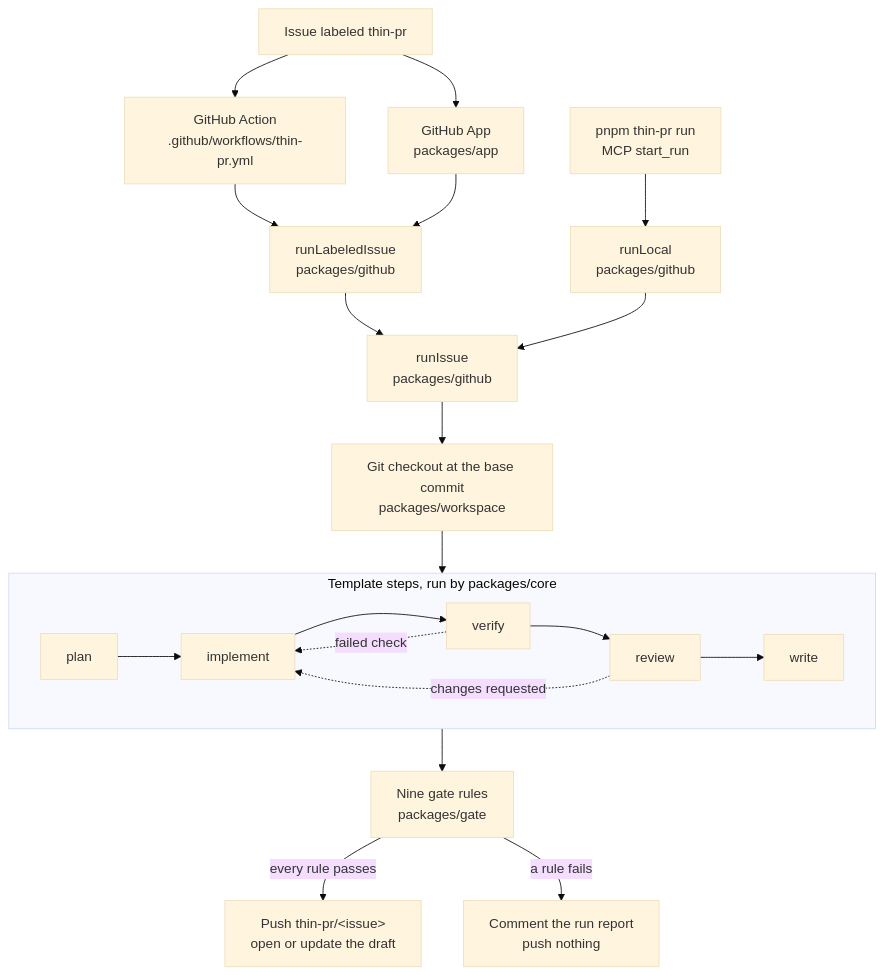
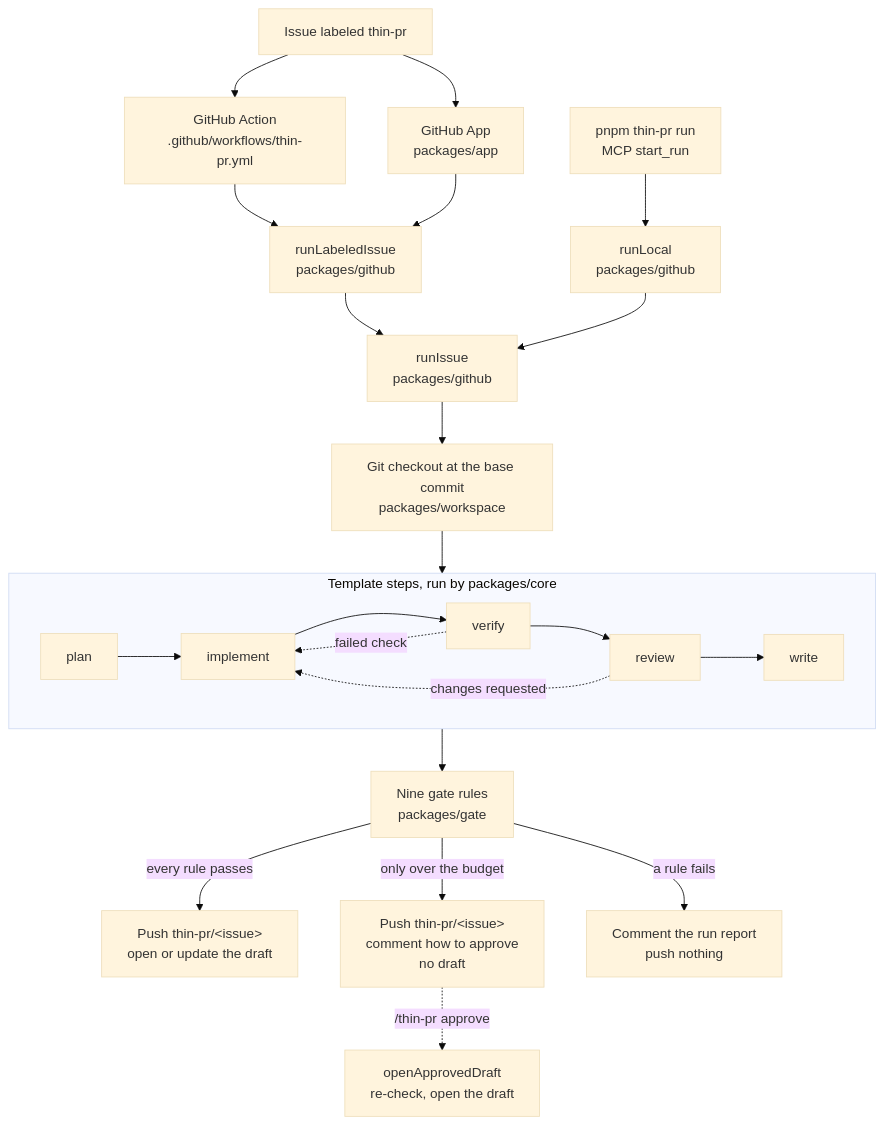
Before and after one commit to kocherev/thin-pr-orchestrator: the diagram in docs/architecture.md, drawn with Mermaid (base theme). The commit also changed other lines of this file and 108 other files, not shown here.

````diff
--- a/docs/architecture.md
+++ b/docs/architecture.md
@@ -7,20 +7,22 @@
 ```mermaid
 flowchart TD
   label["Issue labeled thin-pr"] --> action["GitHub Action<br/>.github/workflows/thin-pr.yml"]
   label --> app["GitHub App<br/>packages/app"]
   local["pnpm thin-pr run<br/>MCP start_run"] --> runLocal["runLocal<br/>packages/github"]
   action --> labeled["runLabeledIssue<br/>packages/github"]
   app --> labeled
   labeled --> runIssue["runIssue<br/>packages/github"]
   runLocal --> runIssue
   runIssue --> workspace["Git checkout at the base commit<br/>packages/workspace"]
   workspace --> steps
   subgraph steps["Template steps, run by packages/core"]
     plan --> implement --> verify --> review --> write
     verify -. failed check .-> implement
     review -. changes requested .-> implement
   end
   steps --> gate["Nine gate rules<br/>packages/gate"]
   gate -->|every rule passes| draft["Push thin-pr/&lt;issue&gt;<br/>open or update the draft"]
+  gate -->|only over the budget| wait["Push thin-pr/&lt;issue&gt;<br/>comment how to approve<br/>no draft"]
+  wait -. /thin-pr approve .-> approved["openApprovedDraft<br/>re-check, open the draft"]
   gate -->|a rule fails| comment["Comment the run report<br/>push nothing"]
 ```
````
